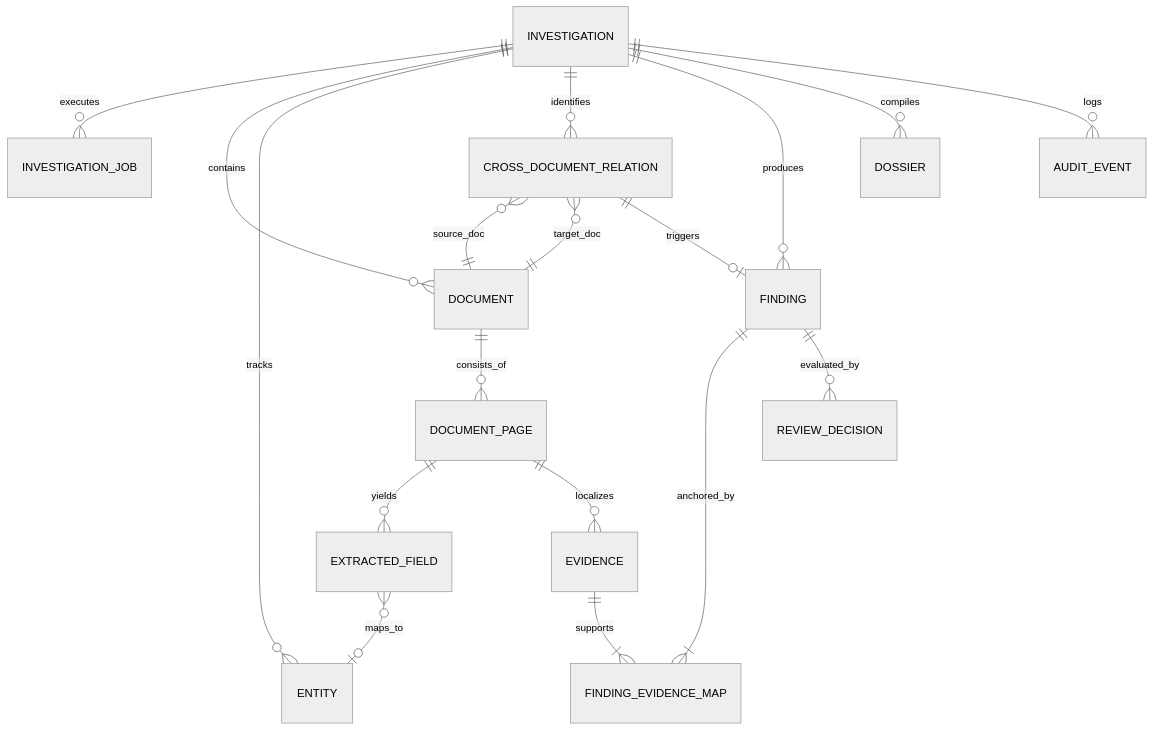
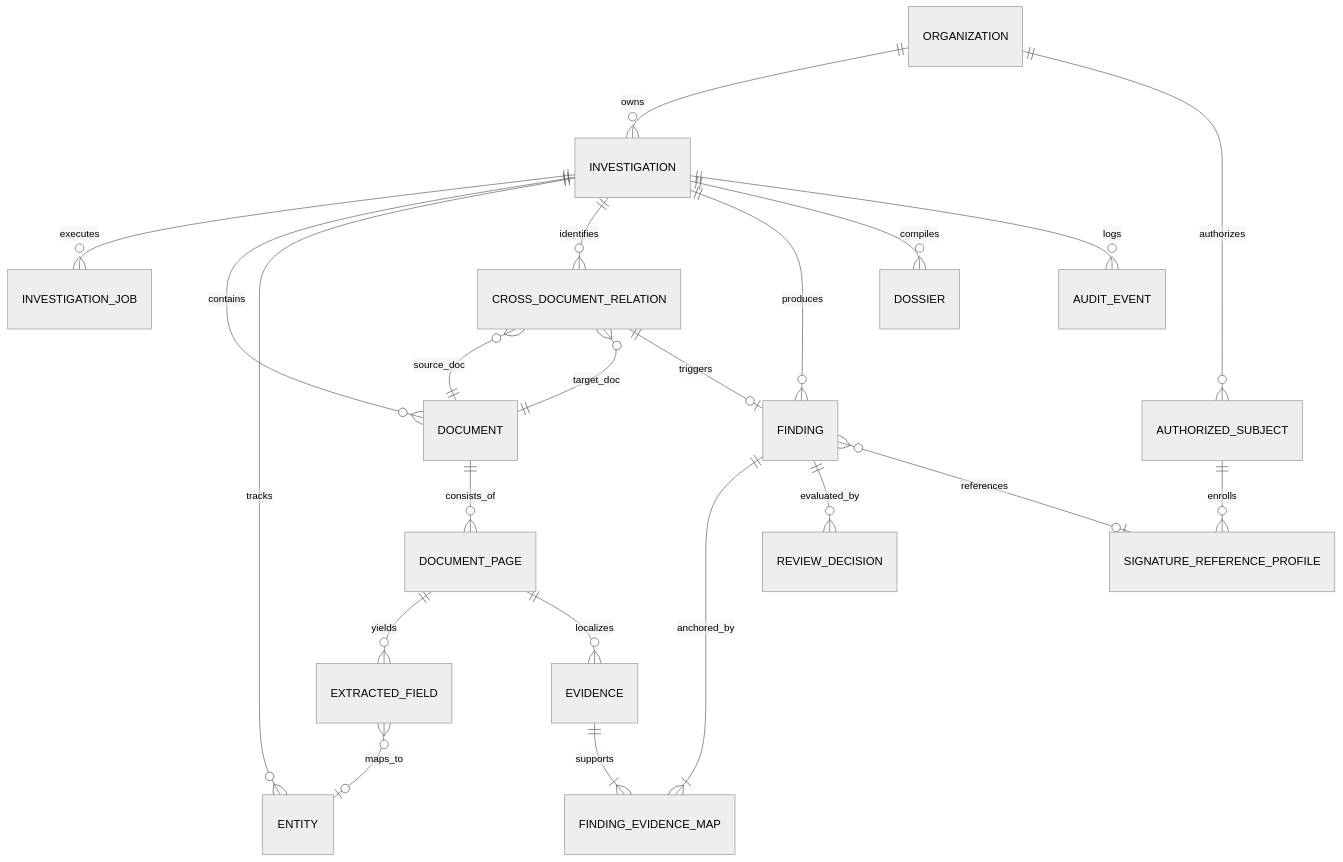
Before and after one commit to rajas2007/VeriTrace: the diagram in dev/07_DATABASE_AND_DATA_MODELS.md, drawn with Mermaid (neutral theme). The commit also changed other lines of this file and 113 other files, not shown here.

````diff
--- a/dev/07_DATABASE_AND_DATA_MODELS.md
+++ b/dev/07_DATABASE_AND_DATA_MODELS.md
@@ -28,25 +28,30 @@
 ```mermaid
 erDiagram
+    ORGANIZATION ||--o{ INVESTIGATION : "owns"
+    ORGANIZATION ||--o{ AUTHORIZED_SUBJECT : "authorizes"
+    AUTHORIZED_SUBJECT ||--o{ SIGNATURE_REFERENCE_PROFILE : "enrolls"
+
     INVESTIGATION ||--o{ INVESTIGATION_JOB : "executes"
     INVESTIGATION ||--o{ DOCUMENT : "contains"
     INVESTIGATION ||--o{ ENTITY : "tracks"
     INVESTIGATION ||--o{ CROSS_DOCUMENT_RELATION : "identifies"
     INVESTIGATION ||--o{ FINDING : "produces"
     INVESTIGATION ||--o{ DOSSIER : "compiles"
     INVESTIGATION ||--o{ AUDIT_EVENT : "logs"
 
     DOCUMENT ||--o{ DOCUMENT_PAGE : "consists_of"
     DOCUMENT_PAGE ||--o{ EXTRACTED_FIELD : "yields"
     
     EXTRACTED_FIELD }o--o| ENTITY : "maps_to"
     
     DOCUMENT_PAGE ||--o{ EVIDENCE : "localizes"
     FINDING ||--|{ FINDING_EVIDENCE_MAP : "anchored_by"
     EVIDENCE ||--|{ FINDING_EVIDENCE_MAP : "supports"
 
     FINDING ||--o{ REVIEW_DECISION : "evaluated_by"
+    FINDING }o--o| SIGNATURE_REFERENCE_PROFILE : "references"
 
     CROSS_DOCUMENT_RELATION }o--|| DOCUMENT : "source_doc"
     CROSS_DOCUMENT_RELATION }o--|| DOCUMENT : "target_doc"
     CROSS_DOCUMENT_RELATION ||--o| FINDING : "triggers"
 ```
````
